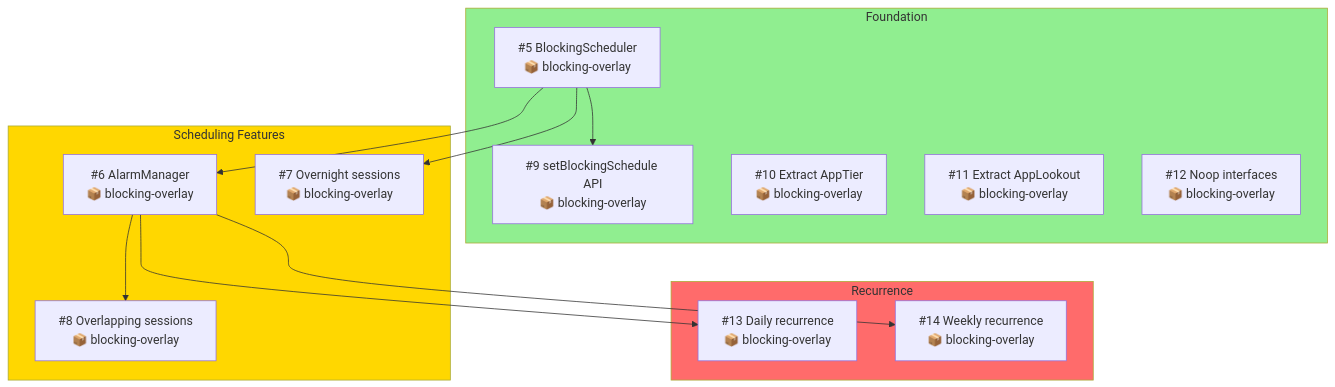
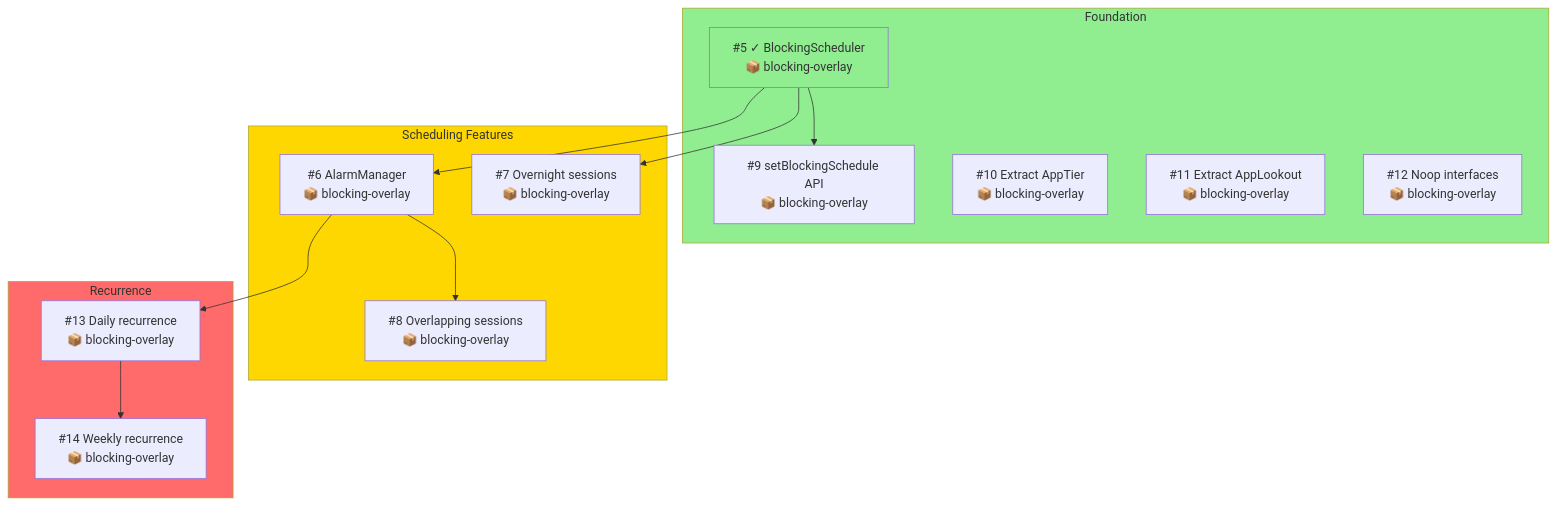
Before and after one commit to amehmeto/TiedSiren51: the sixth of 7 diagrams in docs/dependency-graph.md, drawn with Mermaid. The commit also changed other lines of this file and 10 other files, not shown here.

````diff
--- a/docs/dependency-graph.md
+++ b/docs/dependency-graph.md
@@ -212,32 +256,33 @@
 ```mermaid
 flowchart TD
     subgraph FOUNDATION["Foundation"]
-        B5["#5 BlockingScheduler<br/>📦 blocking-overlay"]
+        B5["#5 ✓ BlockingScheduler<br/>📦 blocking-overlay"]
         B9["#9 setBlockingSchedule API<br/>📦 blocking-overlay"]
         B10["#10 Extract AppTier<br/>📦 blocking-overlay"]
         B11["#11 Extract AppLookout<br/>📦 blocking-overlay"]
         B12["#12 Noop interfaces<br/>📦 blocking-overlay"]
     end
 
     subgraph SCHEDULING["Scheduling Features"]
         B6["#6 AlarmManager<br/>📦 blocking-overlay"]
         B7["#7 Overnight sessions<br/>📦 blocking-overlay"]
         B8["#8 Overlapping sessions<br/>📦 blocking-overlay"]
     end
 
     subgraph RECURRENCE["Recurrence"]
         B13["#13 Daily recurrence<br/>📦 blocking-overlay"]
         B14["#14 Weekly recurrence<br/>📦 blocking-overlay"]
     end
 
     B5 --> B6
     B5 --> B7
     B5 --> B9
     B6 --> B8
     B6 --> B13
-    B6 --> B14
+    B13 --> B14
 
+    style B5 fill:#90EE90
     style FOUNDATION fill:#90EE90
     style SCHEDULING fill:#FFD700
     style RECURRENCE fill:#FF6B6B
 ```
````
